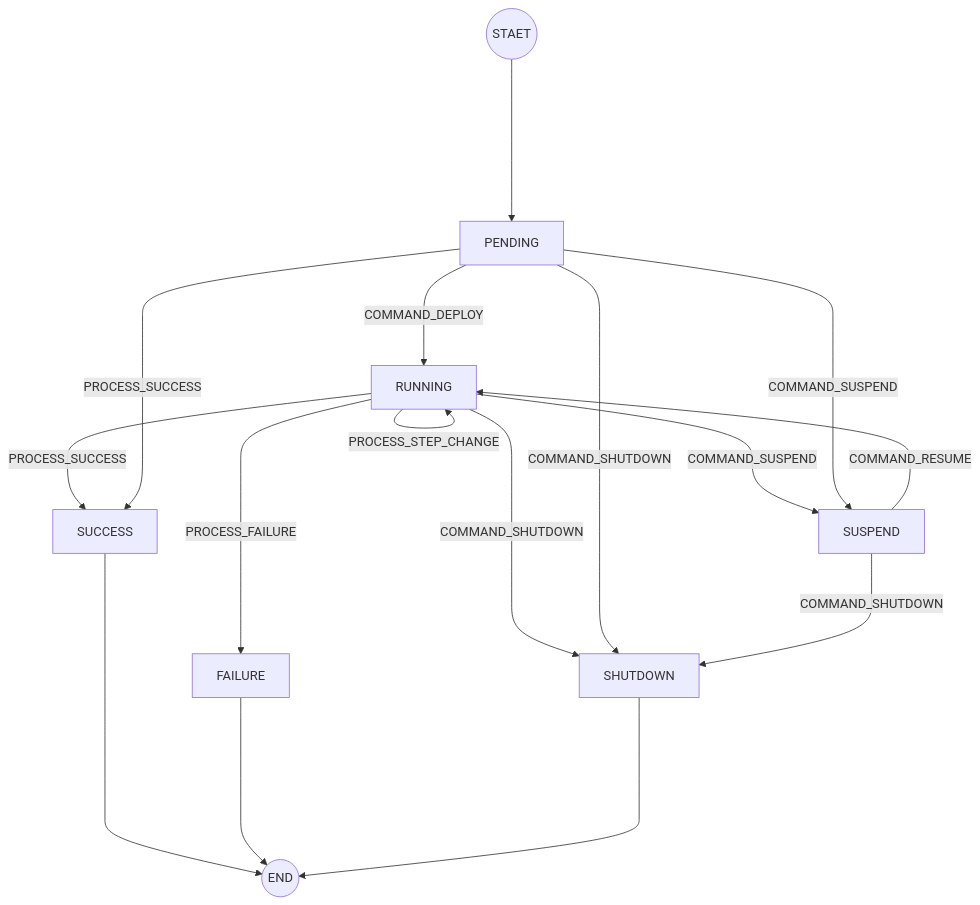
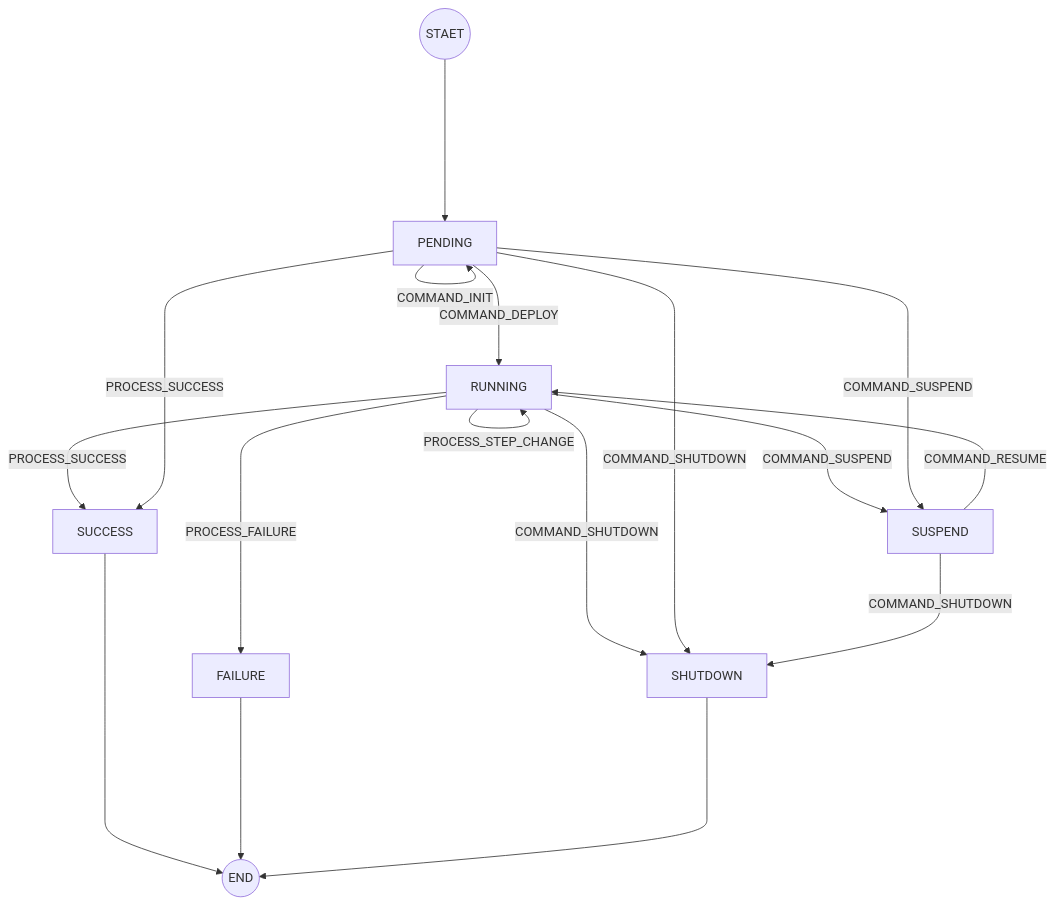
One commit to kalencaya/docs changed the first of 3 diagrams in docs/2025/zh/project/workflow/orchestration/design.md. Above: the diagram before and after it, drawn with Mermaid. The commit also changed other lines of this file, not shown here.

````diff
--- a/docs/2025/zh/project/workflow/orchestration/design.md
+++ b/docs/2025/zh/project/workflow/orchestration/design.md
@@ -126,18 +128,19 @@
 ```mermaid
 flowchart TD;
 		START((STAET)) -----> PENDING;
+		PENDING -- COMMAND_INIT ---> PENDING;
     PENDING -- COMMAND_DEPLOY ---> RUNNING;
     RUNNING -- PROCESS_STEP_CHANGE ---> RUNNING;
     RUNNING -- PROCESS_SUCCESS ---> SUCCESS;
     RUNNING -- PROCESS_FAILURE ---> FAILURE;
     RUNNING -- COMMAND_SUSPEND ---> SUSPEND;
     RUNNING -- COMMAND_SHUTDOWN ---> SHUTDOWN;
     PENDING -- COMMAND_SHUTDOWN ---> SHUTDOWN;
     PENDING -- COMMAND_SUSPEND ---> SUSPEND;
     PENDING -- PROCESS_SUCCESS ---> SUCCESS;
     SUSPEND -- COMMAND_RESUME ---> RUNNING;
     SUSPEND -- COMMAND_SHUTDOWN ---> SHUTDOWN;
     SUCCESS -----> END((END));
     FAILURE -----> END;
     SHUTDOWN -----> END;
 ```
````
